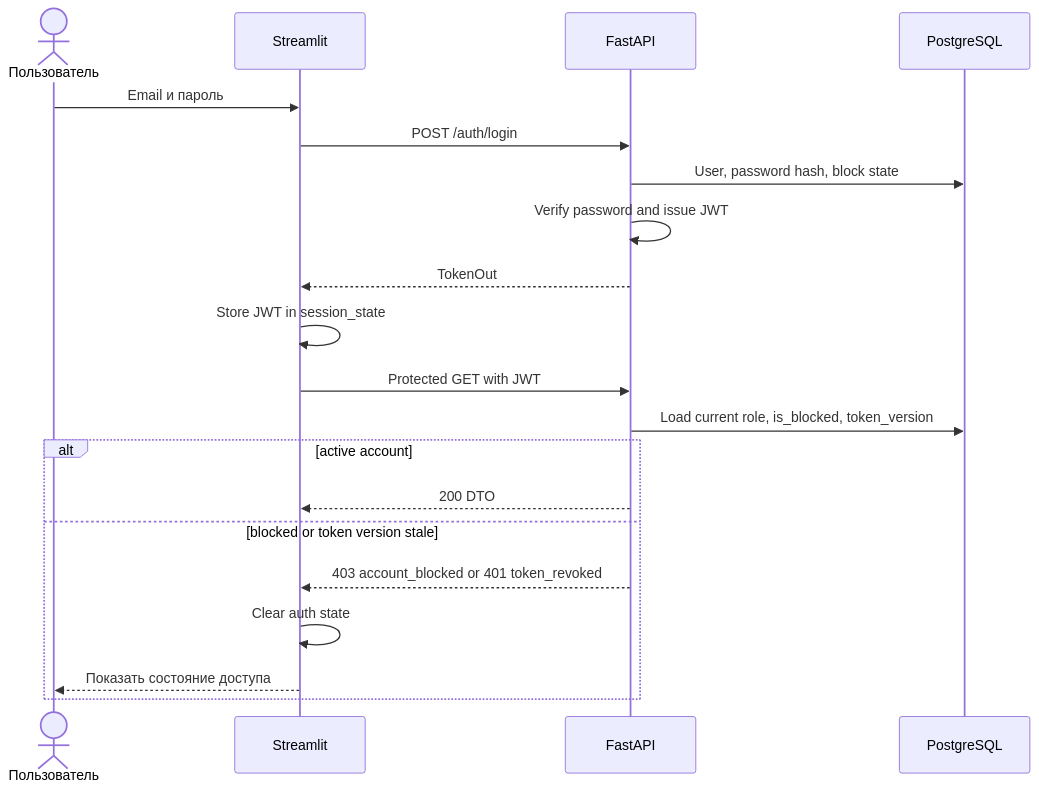
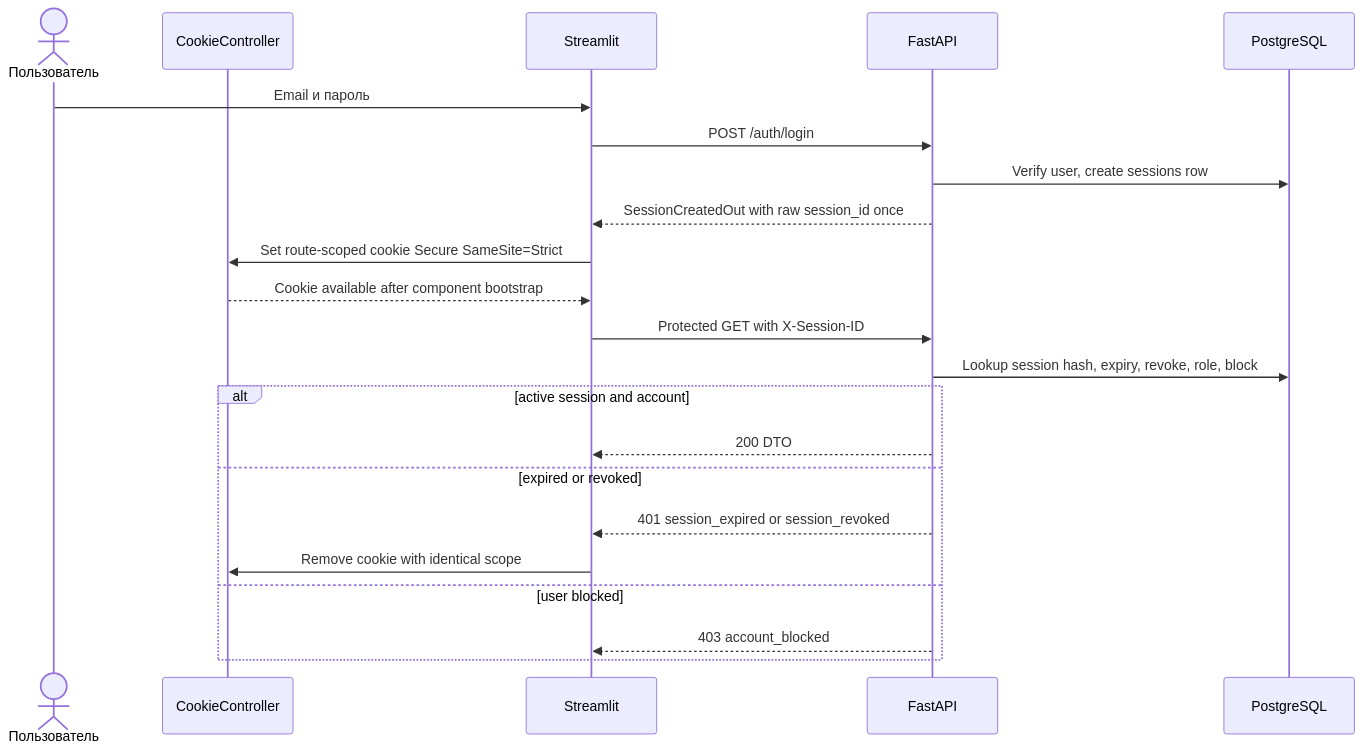
Diagram 11 of 13 in docs/streamlit-fastapi.md (BigZet/AMLautosim), drawn with Mermaid before and after one commit. The commit also changed other lines of this file and 179 other files, not shown here.

````diff
--- a/docs/streamlit-fastapi.md
+++ b/docs/streamlit-fastapi.md
@@ -445,23 +449,25 @@
 ```mermaid
 sequenceDiagram
     actor U as Пользователь
+    participant C as CookieController
     participant S as Streamlit
     participant A as FastAPI
     participant D as PostgreSQL
 
     U->>S: Email и пароль
     S->>A: POST /auth/login
-    A->>D: User, password hash, block state
-    A->>A: Verify password and issue JWT
-    A-->>S: TokenOut
-    S->>S: Store JWT in session_state
-    S->>A: Protected GET with JWT
-    A->>D: Load current role, is_blocked, token_version
-    alt active account
+    A->>D: Verify user, create sessions row
+    A-->>S: SessionCreatedOut with raw session_id once
+    S->>C: Set route-scoped cookie Secure SameSite=Strict
+    C-->>S: Cookie available after component bootstrap
+    S->>A: Protected GET with X-Session-ID
+    A->>D: Lookup session hash, expiry, revoke, role, block
+    alt active session and account
         A-->>S: 200 DTO
-    else blocked or token version stale
-        A-->>S: 403 account_blocked or 401 token_revoked
-        S->>S: Clear auth state
-        S-->>U: Показать состояние доступа
+    else expired or revoked
+        A-->>S: 401 session_expired or session_revoked
+        S->>C: Remove cookie with identical scope
+    else user blocked
+        A-->>S: 403 account_blocked
     end
 ```
````
